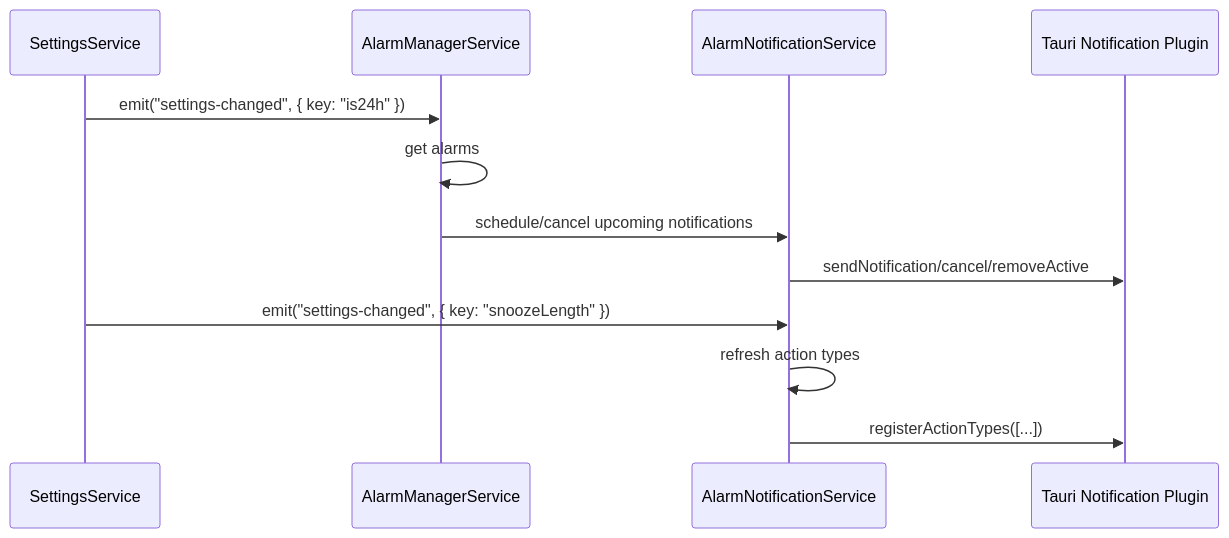
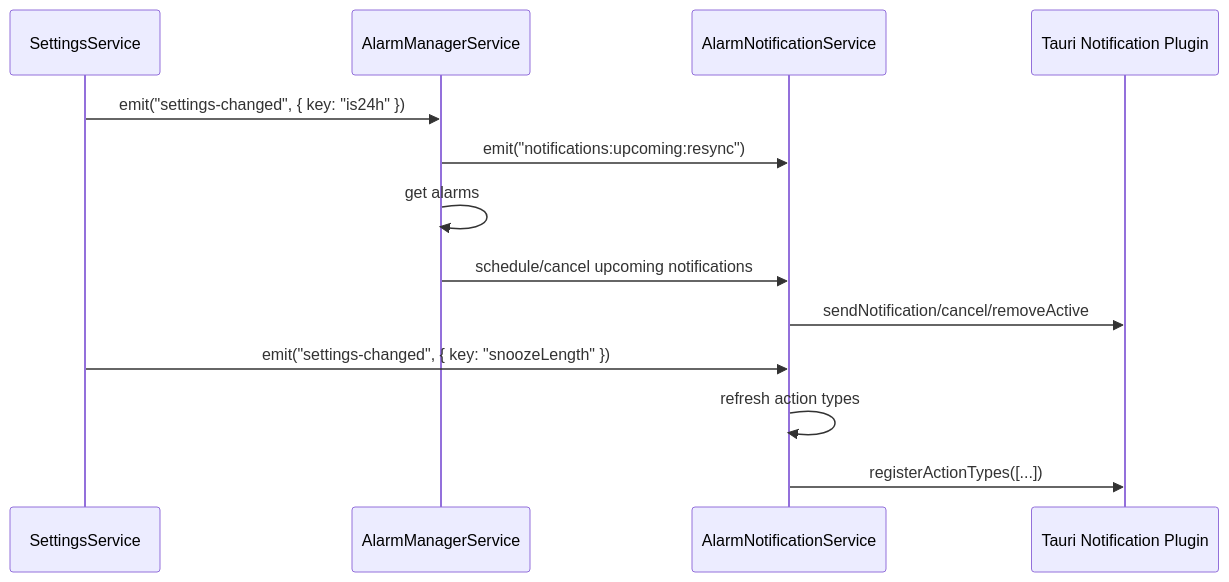
One commit to liminal-hq/threshold changed the first of 2 diagrams in docs/architecture/notification-architecture.md. Above: the diagram before and after it, drawn with Mermaid. The commit also changed other lines of this file and 4 other files, not shown here.

First line of the commit message:
feat: complete notification event rollout for resync and toast flows

````diff
--- a/docs/architecture/notification-architecture.md
+++ b/docs/architecture/notification-architecture.md
@@ -68,16 +80,17 @@
 ```mermaid
 sequenceDiagram
     participant Settings as SettingsService
     participant AlarmMgr as AlarmManagerService
     participant NotifHub as AlarmNotificationService
     participant Tauri as Tauri Notification Plugin
 
     Settings->>AlarmMgr: emit("settings-changed", { key: "is24h" })
+    AlarmMgr->>NotifHub: emit("notifications:upcoming:resync")
     AlarmMgr->>AlarmMgr: get alarms
     AlarmMgr->>NotifHub: schedule/cancel upcoming notifications
     NotifHub->>Tauri: sendNotification/cancel/removeActive
 
     Settings->>NotifHub: emit("settings-changed", { key: "snoozeLength" })
     NotifHub->>NotifHub: refresh action types
     NotifHub->>Tauri: registerActionTypes([...])
 ```
````
